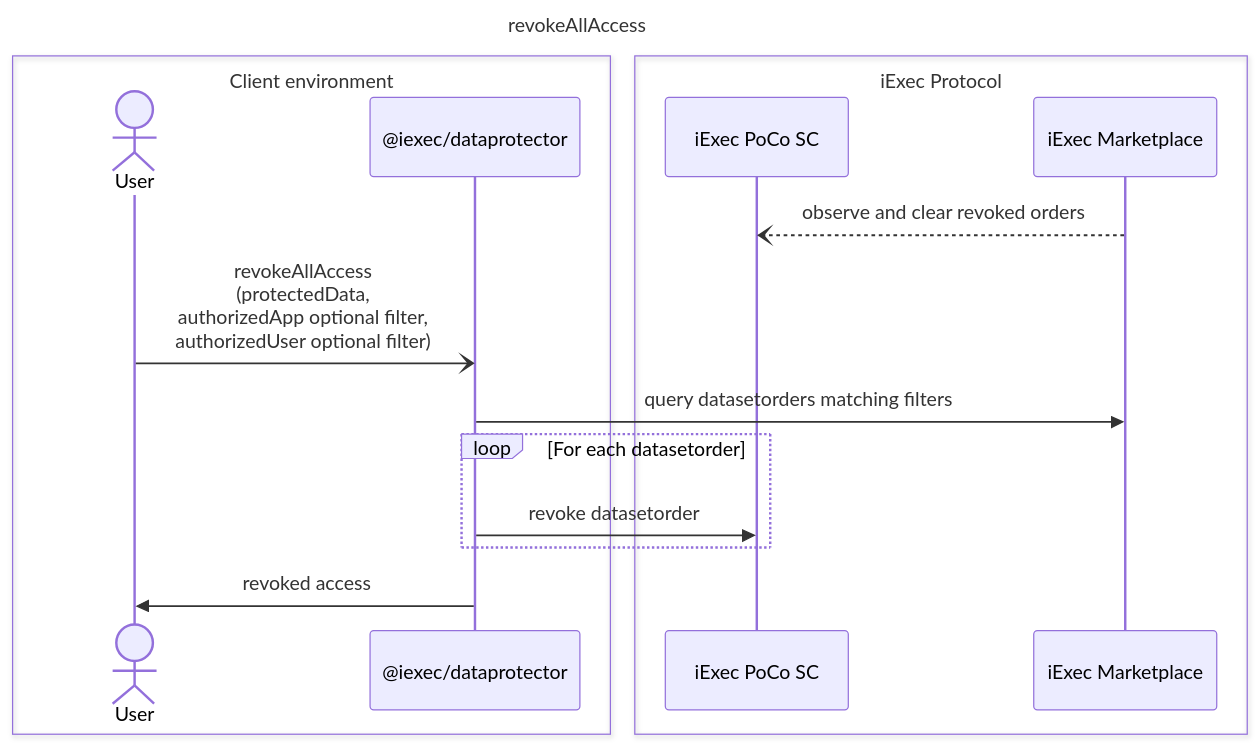
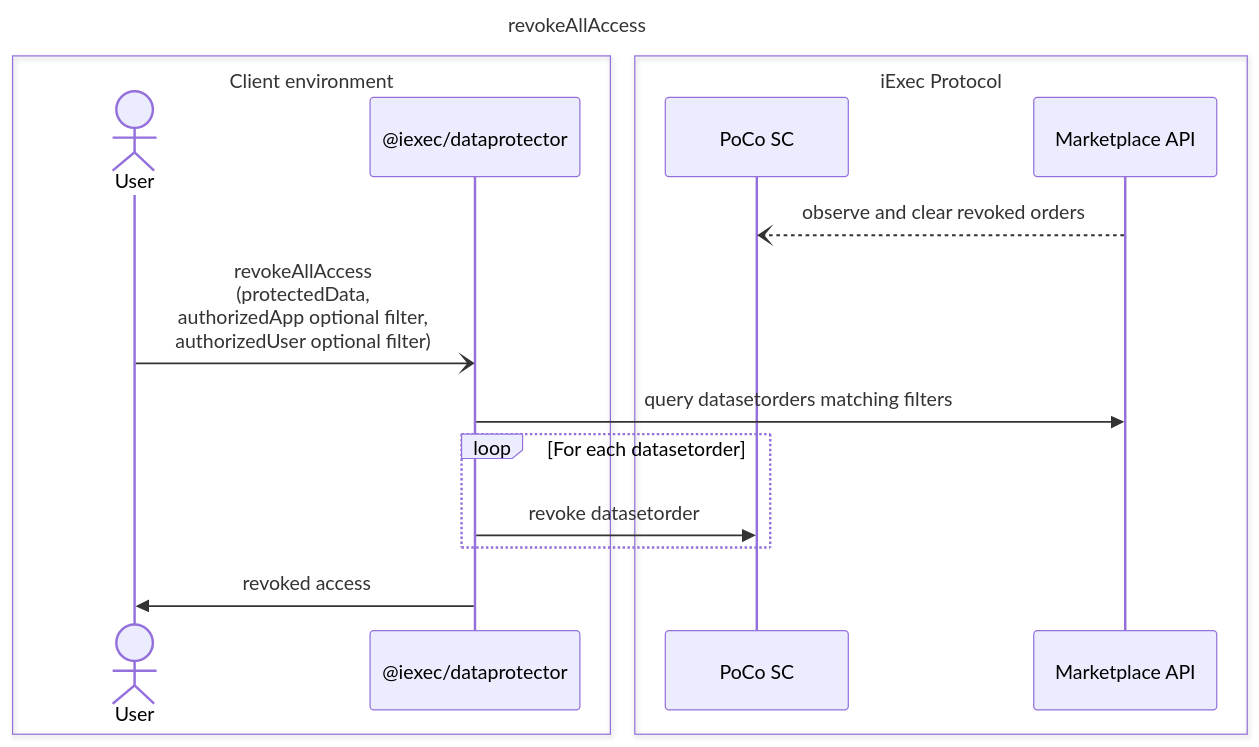
Before and after one commit to iExecBlockchainComputing/dataprotector-sdk: the diagram in technical-design/uml/sequence-revokeAllAccess.md, drawn with Mermaid. The commit also changed 4 other files, not shown here.

````diff
--- a/technical-design/uml/sequence-revokeAllAccess.md
+++ b/technical-design/uml/sequence-revokeAllAccess.md
@@ -3,26 +3,26 @@
 ```mermaid
 sequenceDiagram
     title revokeAllAccess
 
     box Client environment
         actor User
         participant SDK as @iexec/dataprotector
     end
 
     box iExec Protocol
-        participant POCO as iExec PoCo SC
-        participant Market as iExec Marketplace
+        participant POCO as PoCo SC
+        participant Market as Marketplace API
     end
 
     Market --) POCO : observe and clear revoked orders
 
     User -) SDK: revokeAllAccess<br>(protectedData,<br>authorizedApp optional filter,<br>authorizedUser optional filter)
 
     SDK ->> Market: query datasetorders matching filters
 
     loop For each datasetorder
         SDK ->> POCO: revoke datasetorder
     end
 
     SDK ->> User: revoked access
 ```
````
